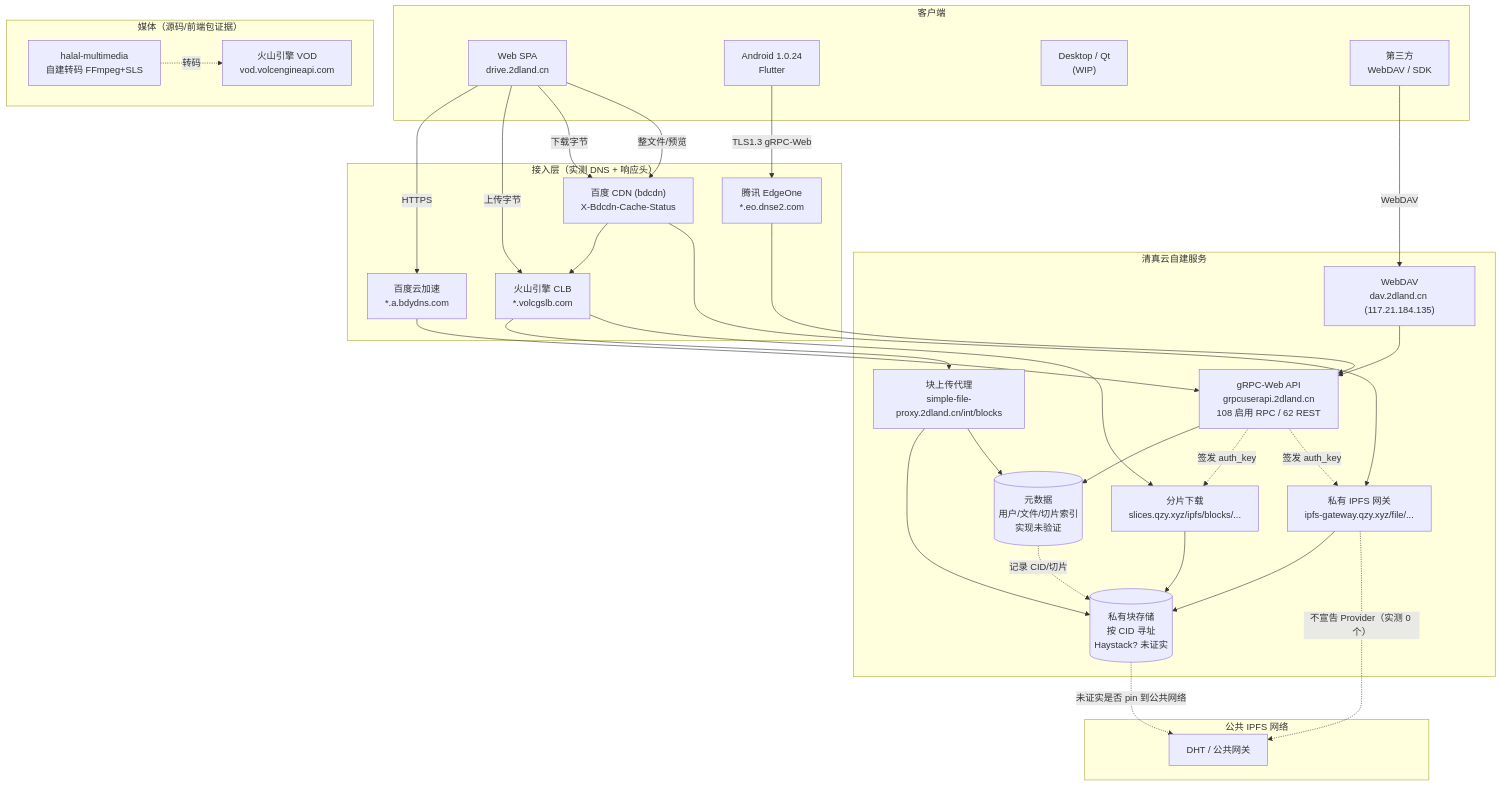
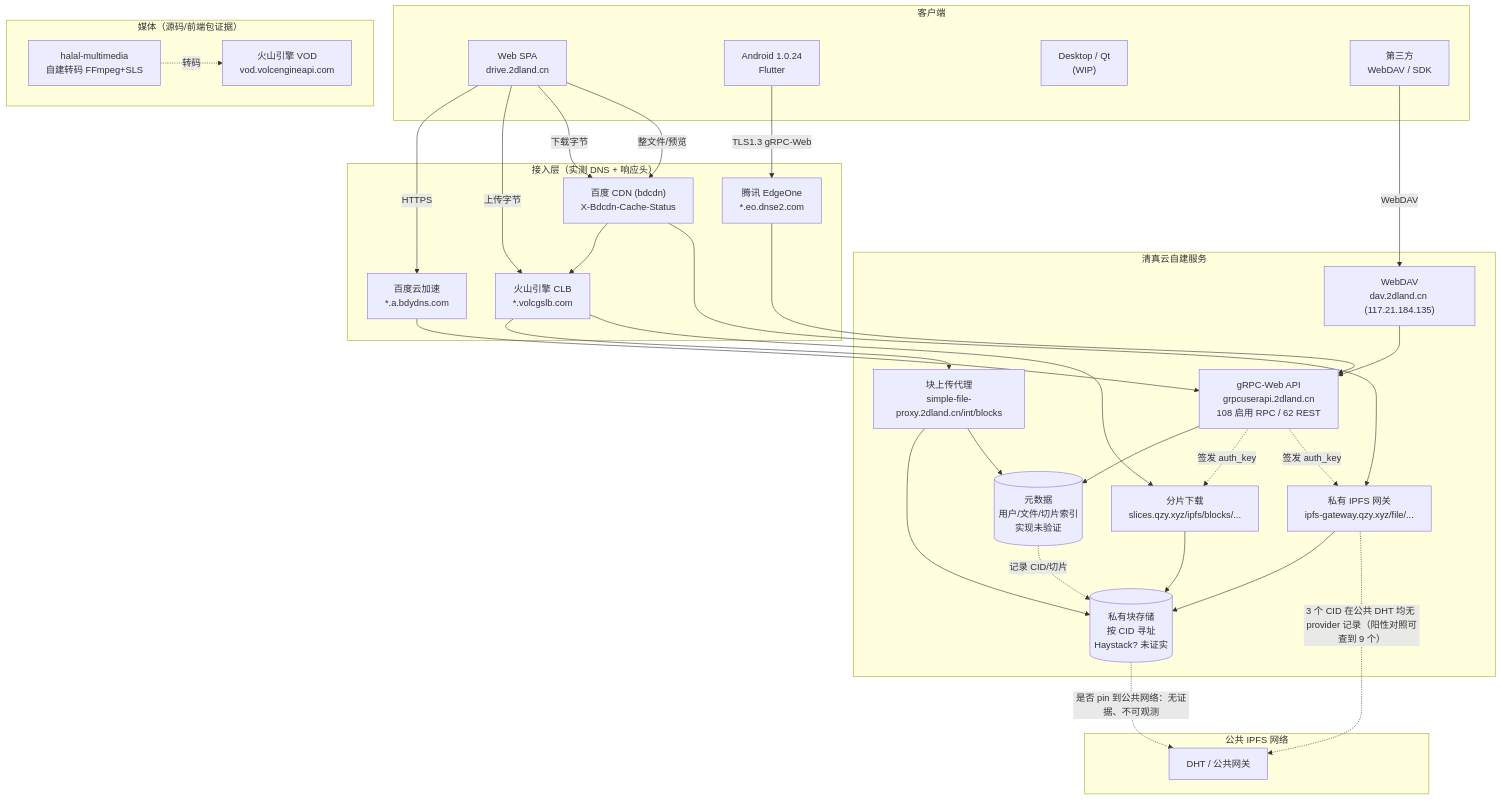
The first of 3 diagrams in halalcloud-audit-report.md (tuo8/wp), drawn with Mermaid before and after one commit. The commit also changed other lines of this file and 32 other files, not shown here.

````diff
--- a/halalcloud-audit-report.md
+++ b/halalcloud-audit-report.md
@@ -81,50 +93,50 @@
 ```mermaid
 flowchart TB
   subgraph Client["客户端"]
     W["Web SPA<br/>drive.2dland.cn"]
     A["Android 1.0.24<br/>Flutter"]
     D["Desktop / Qt<br/>(WIP)"]
     T["第三方<br/>WebDAV / SDK"]
   end
 
   subgraph Edge["接入层（实测 DNS + 响应头）"]
     EO["腾讯 EdgeOne<br/>*.eo.dnse2.com"]
     BD["百度云加速<br/>*.a.bdydns.com"]
     VOL["火山引擎 CLB<br/>*.volcgslb.com"]
     BCDN["百度 CDN (bdcdn)<br/>X-Bdcdn-Cache-Status"]
   end
 
   subgraph Core["清真云自建服务"]
     API["gRPC-Web API<br/>grpcuserapi.2dland.cn<br/>108 启用 RPC / 62 REST"]
     UP["块上传代理<br/>simple-file-proxy.2dland.cn/int/blocks"]
     SL["分片下载<br/>slices.qzy.xyz/ipfs/blocks/..."]
     GW["私有 IPFS 网关<br/>ipfs-gateway.qzy.xyz/file/..."]
     DAV["WebDAV<br/>dav.2dland.cn (117.21.184.135)"]
     META[("元数据<br/>用户/文件/切片索引<br/>实现未验证")]
     STORE[("私有块存储<br/>按 CID 寻址<br/>Haystack? 未证实")]
   end
 
   subgraph Media["媒体（源码/前端包证据）"]
     MM["halal-multimedia<br/>自建转码 FFmpeg+SLS"]
     VOD["火山引擎 VOD<br/>vod.volcengineapi.com"]
   end
 
   subgraph Public["公共 IPFS 网络"]
     DHT["DHT / 公共网关"]
   end
 
   W -->|HTTPS| BD --> API
   A -->|TLS1.3 gRPC-Web| EO --> API
   T -->|WebDAV| DAV --> API
   API --> META
   W -->|上传字节| VOL --> UP --> STORE
   UP --> META
   W -->|下载字节| BCDN --> VOL --> SL --> STORE
   W -->|整文件/预览| BCDN --> GW --> STORE
   API -. 签发 auth_key .-> SL
   API -. 签发 auth_key .-> GW
   META -. 记录 CID/切片 .-> STORE
   MM -. 转码 .-> VOD
-  GW -. 不宣告 Provider（实测 0 个） .-> DHT
-  STORE -. 未证实是否 pin 到公共网络 .-> DHT
+  GW -. 3 个 CID 在公共 DHT 均无 provider 记录（阳性对照可查到 9 个） .-> DHT
+  STORE -. 是否 pin 到公共网络：无证据、不可观测 .-> DHT
 ```
````
